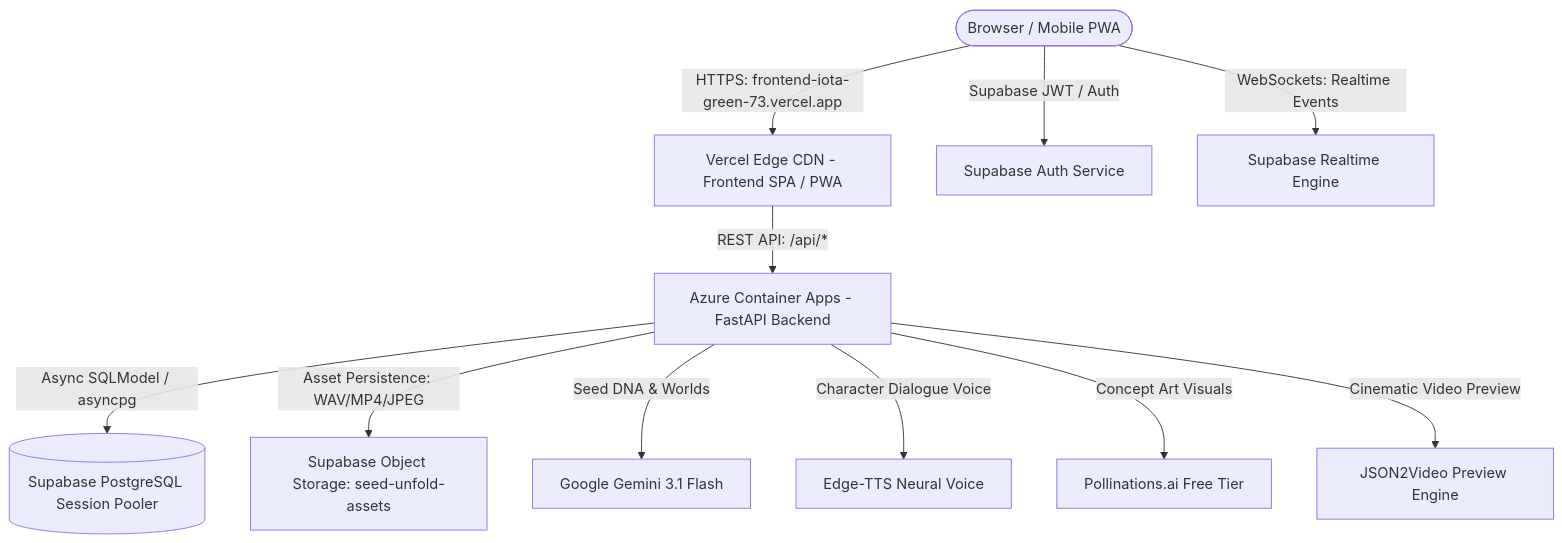
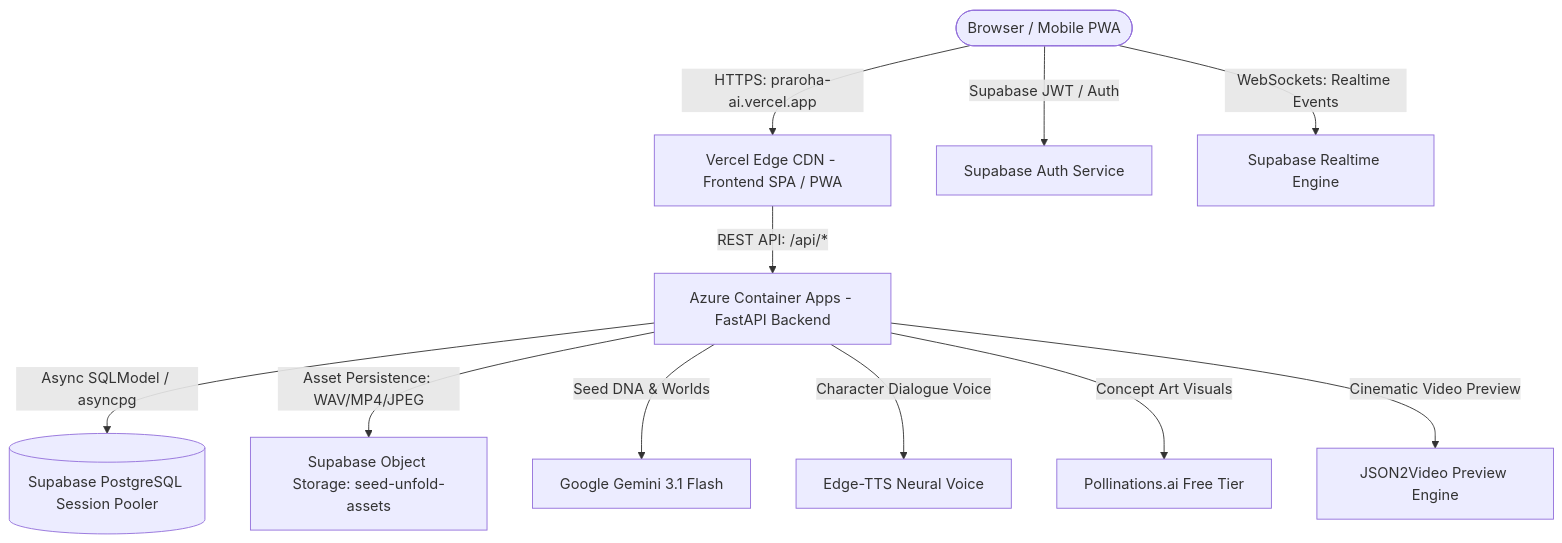
The first of 3 diagrams in docs/DEPLOYMENT.md (syed-imadulla/Praroha), drawn with Mermaid before and after one commit. The commit also changed other lines of this file and 12 other files, not shown here.

First line of the commit message:
feat(deployment): assign and verify praroha-ai.vercel.app production domain

````diff
--- a/docs/DEPLOYMENT.md
+++ b/docs/DEPLOYMENT.md
@@ -22,13 +22,13 @@
 ```mermaid
 graph TD
-    User([Browser / Mobile PWA]) -->|HTTPS: frontend-iota-green-73.vercel.app| Vercel[Vercel Edge CDN - Frontend SPA / PWA]
+    User([Browser / Mobile PWA]) -->|HTTPS: praroha-ai.vercel.app| Vercel[Vercel Edge CDN - Frontend SPA / PWA]
     User -->|Supabase JWT / Auth| SupaAuth[Supabase Auth Service]
     User -->|WebSockets: Realtime Events| SupaRT[Supabase Realtime Engine]
     Vercel -->|REST API: /api/*| AzureACA[Azure Container Apps - FastAPI Backend]
     AzureACA -->|Async SQLModel / asyncpg| SupaDB[(Supabase PostgreSQL Session Pooler)]
     AzureACA -->|Asset Persistence: WAV/MP4/JPEG| SupaStorage[Supabase Object Storage: seed-unfold-assets]
     AzureACA -->|Seed DNA & Worlds| Gemini[Google Gemini 3.1 Flash]
     AzureACA -->|Character Dialogue Voice| EdgeTTS[Edge-TTS Neural Voice]
     AzureACA -->|Concept Art Visuals| Pollinations[Pollinations.ai Free Tier]
     AzureACA -->|Cinematic Video Preview| JSON2Video[JSON2Video Preview Engine]
 ```
````
